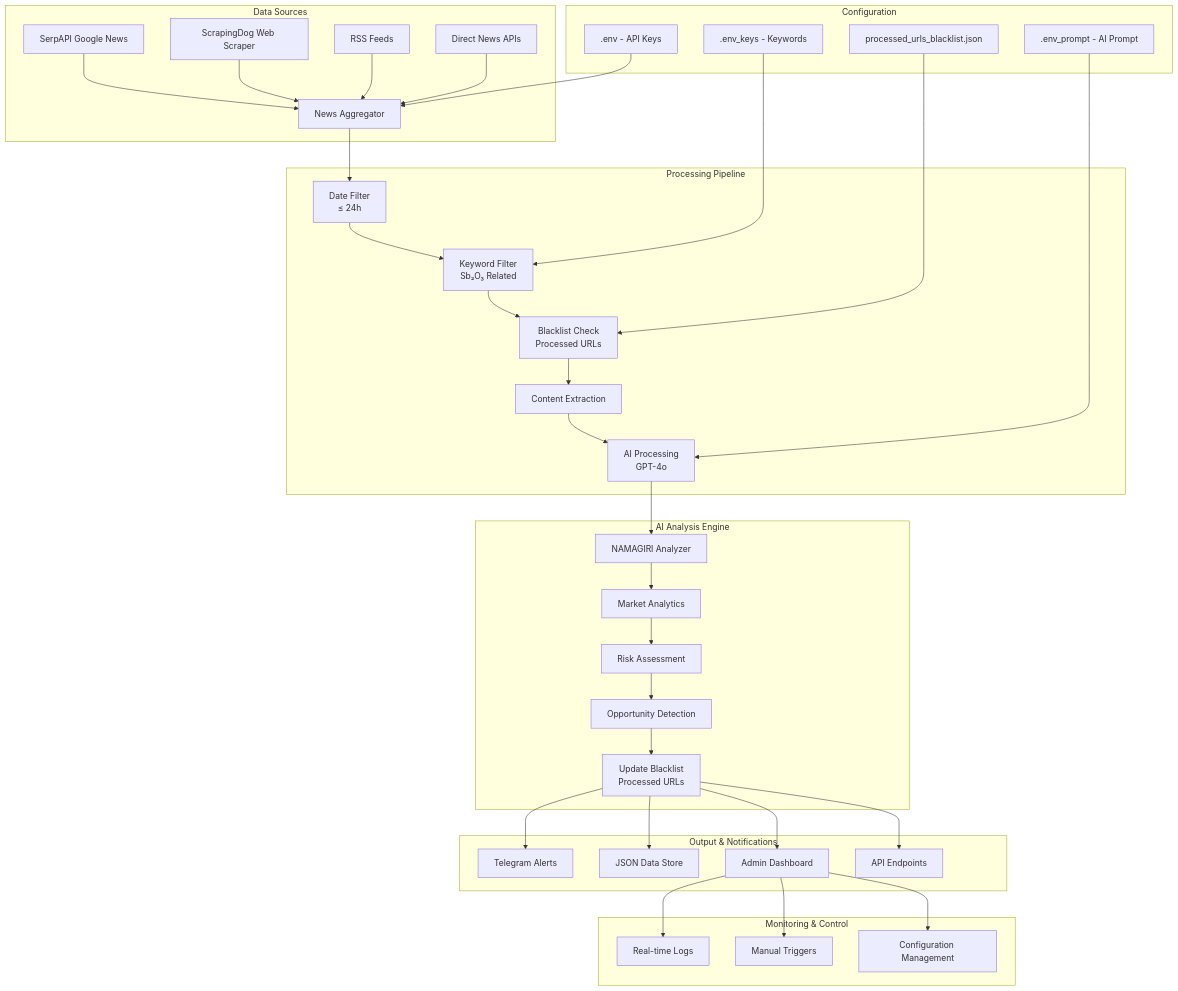
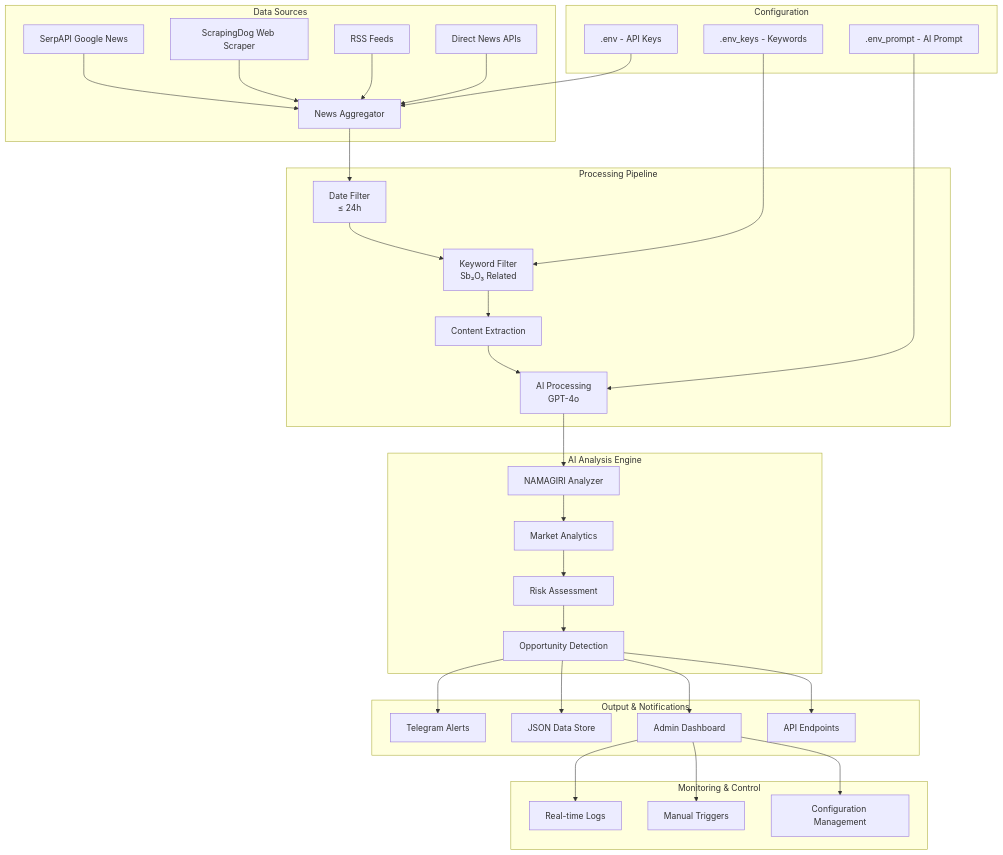
The diagram in newsalert/README.md (noxonsu/space2), drawn with Mermaid before and after one commit. The commit also changed other lines of this file and 11 other files, not shown here.

````diff
--- a/newsalert/README.md
+++ b/newsalert/README.md
@@ -12,45 +12,42 @@
 ```mermaid
 graph TB
     subgraph "Data Sources"
         A[SerpAPI Google News] --> E[News Aggregator]
         B[ScrapingDog Web Scraper] --> E
         C[RSS Feeds] --> E
         D[Direct News APIs] --> E
     end
     
     subgraph "Processing Pipeline"
         E --> F[Date Filter<br/>≤ 24h]
         F --> G[Keyword Filter<br/>Sb₂O₃ Related]
-        G --> BL[Blacklist Check<br/>Processed URLs]
-        BL --> H[Content Extraction]
+        G --> H[Content Extraction]
         H --> I[AI Processing<br/>GPT-4o]
     end
     
     subgraph "AI Analysis Engine"
         I --> J[NAMAGIRI Analyzer]
         J --> K[Market Analytics]
         K --> L[Risk Assessment]
         L --> M[Opportunity Detection]
-        M --> BLS[Update Blacklist<br/>Processed URLs]
     end
     
     subgraph "Output & Notifications"
-        BLS --> N[Telegram Alerts]
-        BLS --> O[JSON Data Store]
-        BLS --> P[Admin Dashboard]
-        BLS --> Q[API Endpoints]
+        M --> N[Telegram Alerts]
+        M --> O[JSON Data Store]
+        M --> P[Admin Dashboard]
+        M --> Q[API Endpoints]
     end
     
     subgraph "Configuration"
         R[.env - API Keys] --> E
         S[.env_keys - Keywords] --> G
         T[.env_prompt - AI Prompt] --> I
-        BLF[processed_urls_blacklist.json] --> BL
     end
     
     subgraph "Monitoring & Control"
         P --> U[Real-time Logs]
         P --> V[Manual Triggers]
         P --> W[Configuration Management]
     end
 ```
````
